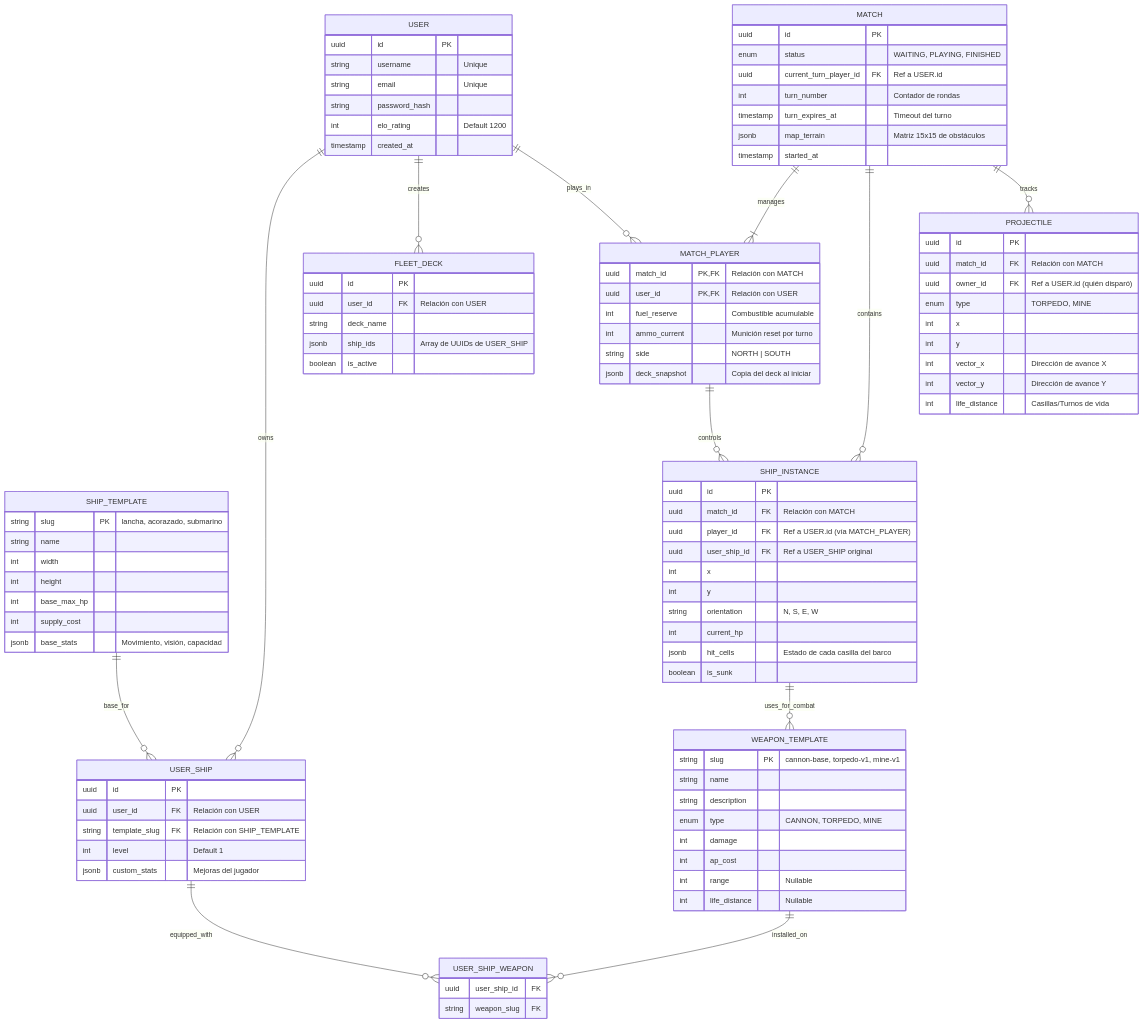
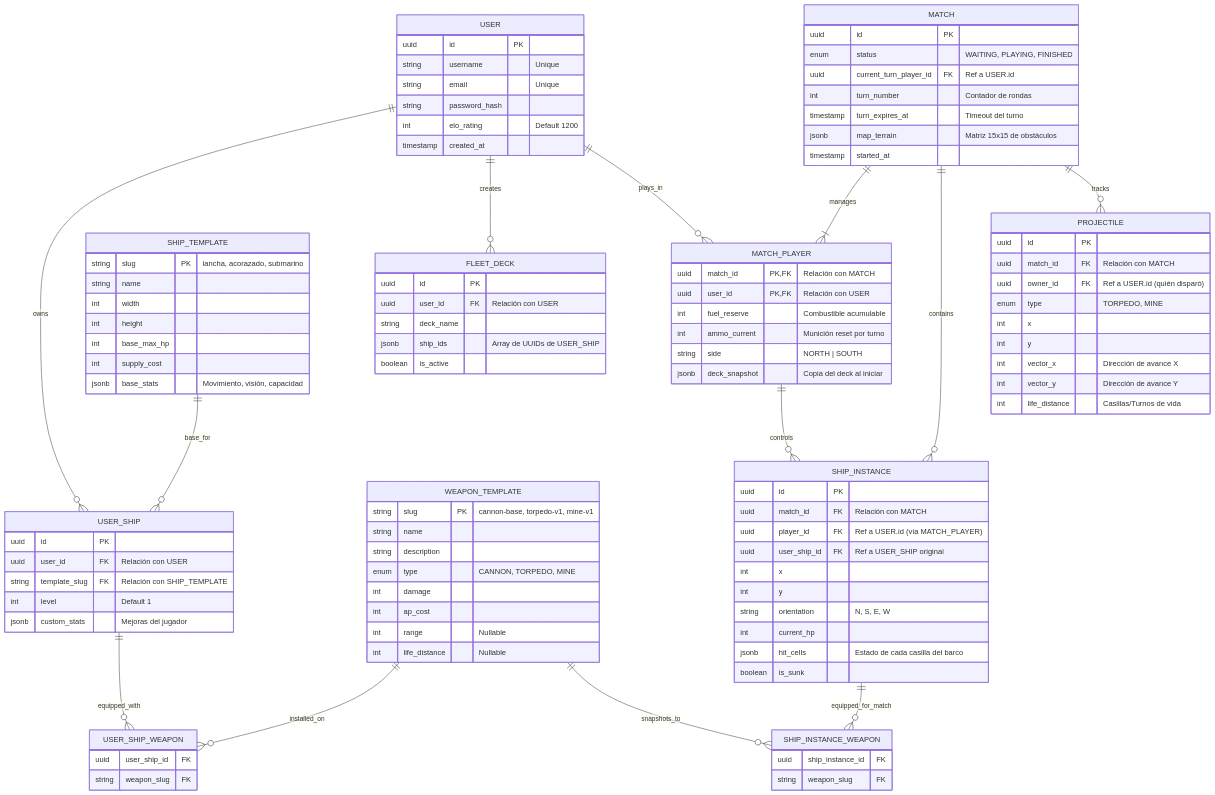
Before and after one commit to UNIZAR-30226-2026-07/BombaVa-Backend: the diagram in docs/DATABASE_MODEL.md, drawn with Mermaid. The commit also changed other lines of this file and 4 other files, not shown here.

```diff
--- a/docs/DATABASE_MODEL.md
+++ b/docs/DATABASE_MODEL.md
@@ -49,8 +49,6 @@
         uuid user_ship_id FK
         string weapon_slug FK
     }
-
-    SHIP_INSTANCE ||--o{ WEAPON_TEMPLATE : uses_for_combat
 
     USER_SHIP {
         uuid id PK
@@ -107,6 +105,14 @@
         boolean is_sunk
     }
 
+    SHIP_INSTANCE ||--o{ SHIP_INSTANCE_WEAPON : equipped_for_match
+    WEAPON_TEMPLATE ||--o{ SHIP_INSTANCE_WEAPON : snapshots_to
+
+    SHIP_INSTANCE_WEAPON {
+        uuid ship_instance_id FK
+        string weapon_slug FK
+    }
+
     MATCH ||--o{ PROJECTILE : tracks
     PROJECTILE {
         uuid id PK
```
